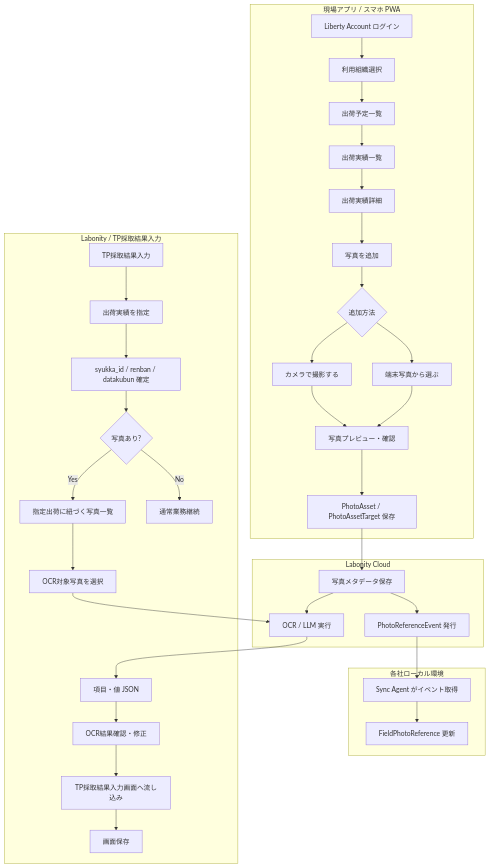
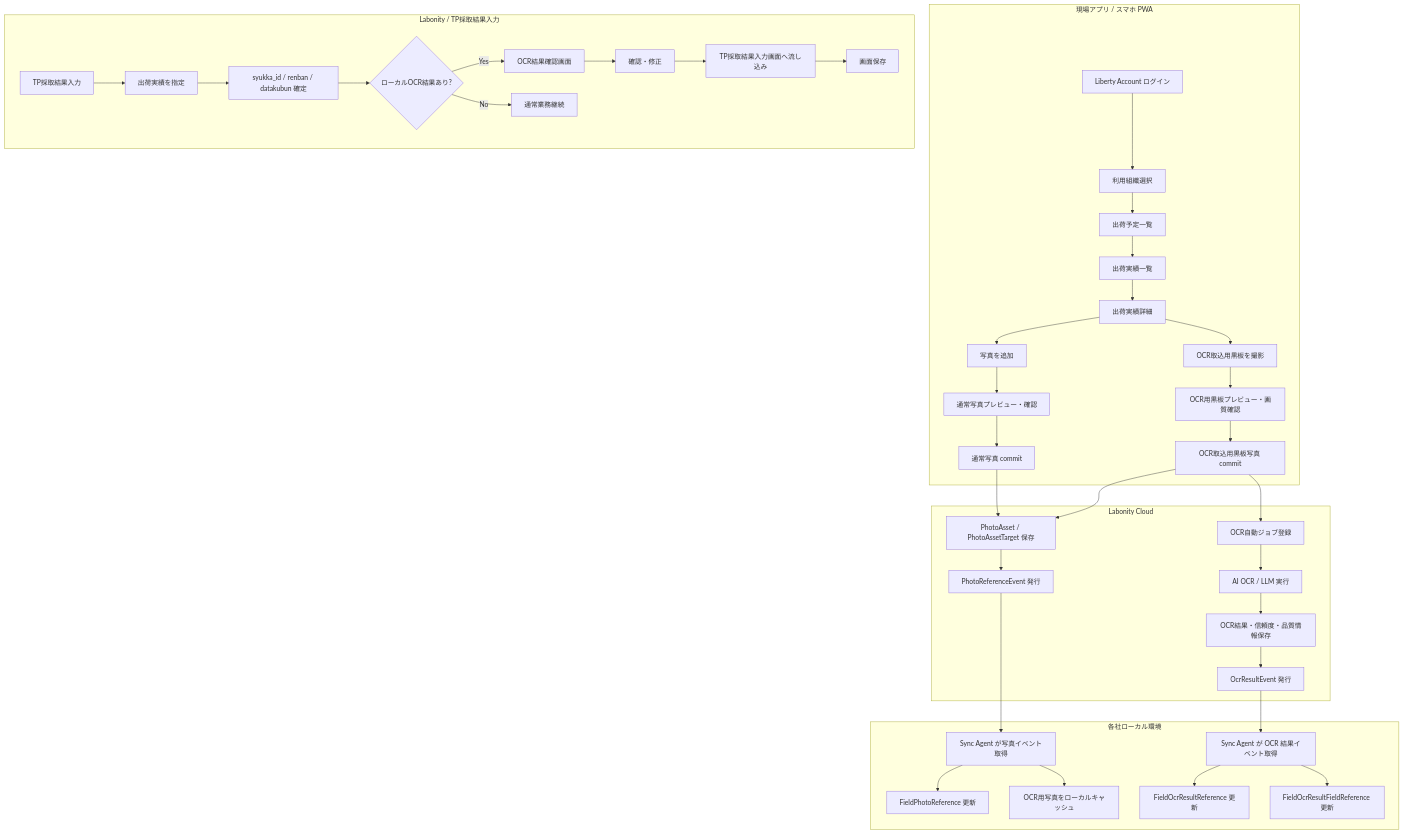
One commit to sakku0039/FieldTester changed the first of 4 diagrams in docs/Labonity用現場試験アプリ_設計書_v1.0.md. Above: the diagram before and after it, drawn with Mermaid. The commit also changed other lines of this file, not shown here.

````diff
--- a/docs/Labonity用現場試験アプリ_設計書_v1.0.md
+++ b/docs/Labonity用現場試験アプリ_設計書_v1.0.md
@@ -152,41 +219,45 @@
 ```mermaid
 flowchart TD
     subgraph FieldApp["現場アプリ / スマホ PWA"]
         A["Liberty Account ログイン"] --> A0["利用組織選択"]
         A0 --> A1["出荷予定一覧"]
         A1 --> B["出荷実績一覧"]
         B --> C["出荷実績詳細"]
-        C --> D["写真を追加"]
-        D --> E{"追加方法"}
-        E --> E1["カメラで撮影する"]
-        E --> E2["端末写真から選ぶ"]
-        E1 --> F["写真プレビュー・確認"]
-        E2 --> F
-        F --> G["PhotoAsset / PhotoAssetTarget 保存"]
+        C --> D1["写真を追加"]
+        C --> D2["OCR取込用黒板を撮影"]
+        D1 --> E1["通常写真プレビュー・確認"]
+        D2 --> E2["OCR用黒板プレビュー・画質確認"]
+        E1 --> F1["通常写真 commit"]
+        E2 --> F2["OCR取込用黒板写真 commit"]
     end
 
     subgraph Cloud["Labonity Cloud"]
-        G --> C4["写真メタデータ保存"]
+        F1 --> C4["PhotoAsset / PhotoAssetTarget 保存"]
+        F2 --> C4
         C4 --> C5["PhotoReferenceEvent 発行"]
-        C4 --> OCR["OCR / LLM 実行"]
+        F2 --> Q["OCR自動ジョブ登録"]
+        Q --> OCR["AI OCR / LLM 実行"]
+        OCR --> R["OCR結果・信頼度・品質情報保存"]
+        R --> C6["OcrResultEvent 発行"]
     end
 
     subgraph Local["各社ローカル環境"]
-        C5 --> L4["Sync Agent がイベント取得"]
-        L4 --> L5["FieldPhotoReference 更新"]
+        C5 --> L1["Sync Agent が写真イベント取得"]
+        C6 --> L2["Sync Agent が OCR 結果イベント取得"]
+        L1 --> L3["FieldPhotoReference 更新"]
+        L1 --> L4["OCR用写真をローカルキャッシュ"]
+        L2 --> L5["FieldOcrResultReference 更新"]
+        L2 --> L6["FieldOcrResultFieldReference 更新"]
     end
 
     subgraph Labonity["Labonity / TP採取結果入力"]
         H["TP採取結果入力"] --> I["出荷実績を指定"]
         I --> J["syukka_id / renban / datakubun 確定"]
-        J --> K{"写真あり?"}
-        K -- Yes --> L["指定出荷に紐づく写真一覧"]
-        K -- No --> M["通常業務継続"]
-        L --> N["OCR対象写真を選択"]
-        N --> OCR
-        OCR --> P["項目・値 JSON"]
-        P --> Q["OCR結果確認・修正"]
-        Q --> R["TP採取結果入力画面へ流し込み"]
-        R --> S["画面保存"]
+        J --> K{"ローカルOCR結果あり?"}
+        K -- Yes --> M["OCR結果確認画面"]
+        K -- No --> N["通常業務継続"]
+        M --> O["確認・修正"]
+        O --> P["TP採取結果入力画面へ流し込み"]
+        P --> S["画面保存"]
     end
 ```
````
